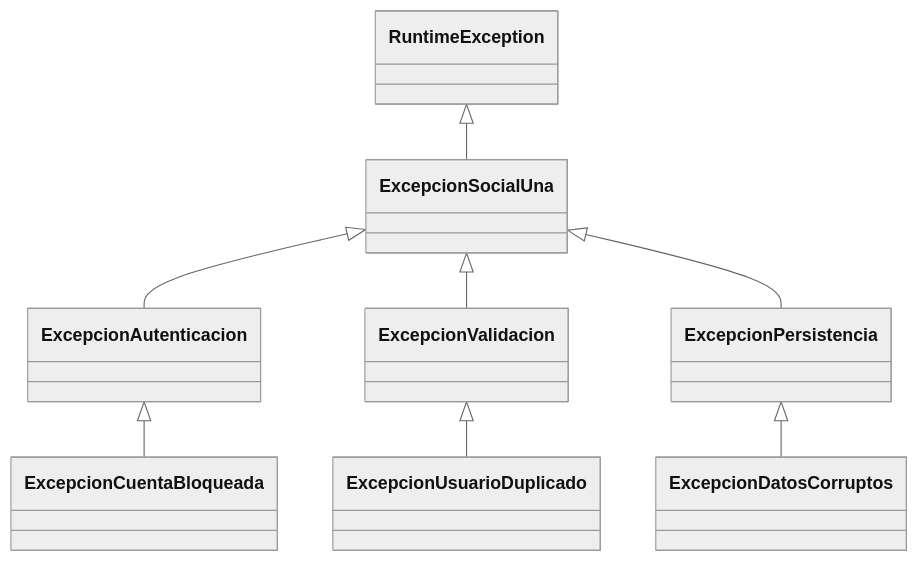
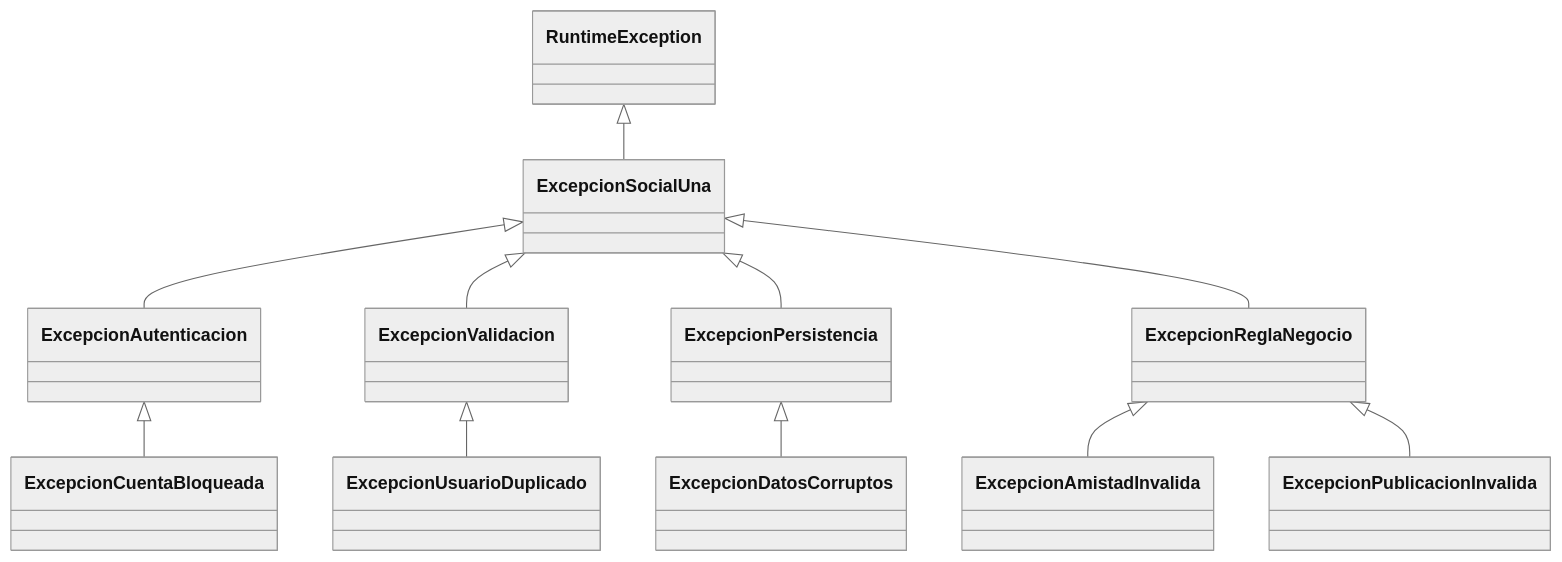
The second of 6 diagrams in docs/UML.md (AndreyEducativo/III_Proyecto_Estructura_Datos), drawn with Mermaid (neutral theme) before and after one commit. The commit also changed other lines of this file and 119 other files, not shown here.

````diff
--- a/docs/UML.md
+++ b/docs/UML.md
@@ -149,10 +157,13 @@
 ```mermaid
 classDiagram
     RuntimeException <|-- ExcepcionSocialUna
     ExcepcionSocialUna <|-- ExcepcionAutenticacion
     ExcepcionAutenticacion <|-- ExcepcionCuentaBloqueada
     ExcepcionSocialUna <|-- ExcepcionValidacion
     ExcepcionValidacion <|-- ExcepcionUsuarioDuplicado
     ExcepcionSocialUna <|-- ExcepcionPersistencia
     ExcepcionPersistencia <|-- ExcepcionDatosCorruptos
+    ExcepcionSocialUna <|-- ExcepcionReglaNegocio
+    ExcepcionReglaNegocio <|-- ExcepcionAmistadInvalida
+    ExcepcionReglaNegocio <|-- ExcepcionPublicacionInvalida
 ```
````
